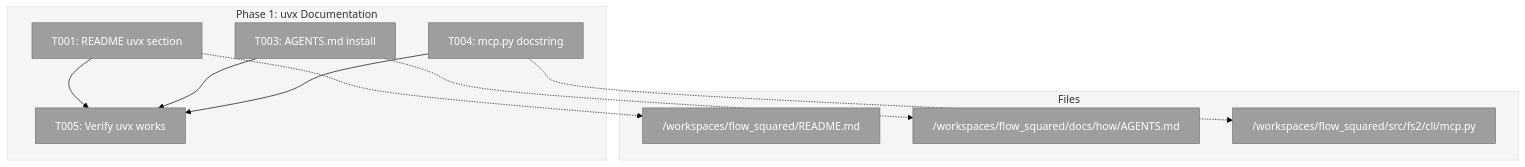
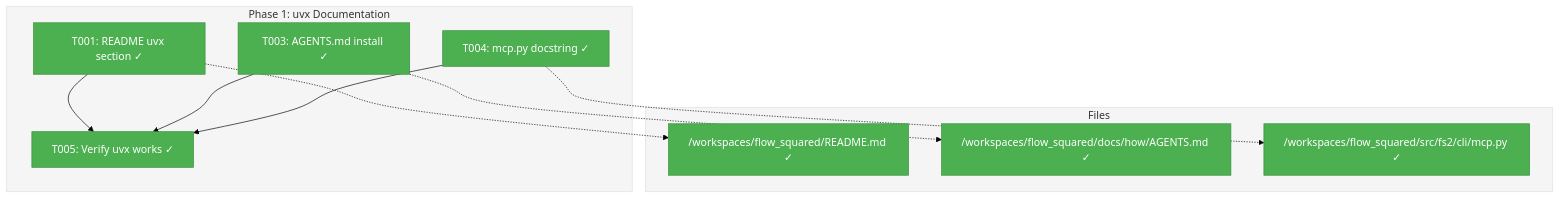
The first of 3 diagrams in docs/plans/013-uvx-support/tasks/phase-1-implementation/tasks.md (AI-Substrate/flow_squared), drawn with Mermaid (forest theme) before and after one commit. The commit also changed other lines of this file and 15 other files, not shown here.

````diff
--- a/docs/plans/013-uvx-support/tasks/phase-1-implementation/tasks.md
+++ b/docs/plans/013-uvx-support/tasks/phase-1-implementation/tasks.md
@@ -61,31 +61,31 @@
 ```mermaid
 flowchart TD
     classDef pending fill:#9E9E9E,stroke:#757575,color:#fff
     classDef inprogress fill:#FF9800,stroke:#F57C00,color:#fff
     classDef completed fill:#4CAF50,stroke:#388E3C,color:#fff
     classDef blocked fill:#F44336,stroke:#D32F2F,color:#fff
 
     style Phase fill:#F5F5F5,stroke:#E0E0E0
     style Files fill:#F5F5F5,stroke:#E0E0E0
 
     subgraph Phase["Phase 1: uvx Documentation"]
-        T001["T001: README uvx section"]:::pending
-        T003["T003: AGENTS.md install"]:::pending
-        T004["T004: mcp.py docstring"]:::pending
-        T005["T005: Verify uvx works"]:::pending
+        T001["T001: README uvx section ✓"]:::completed
+        T003["T003: AGENTS.md install ✓"]:::completed
+        T004["T004: mcp.py docstring ✓"]:::completed
+        T005["T005: Verify uvx works ✓"]:::completed
 
         T001 --> T005
         T003 --> T005
         T004 --> T005
     end
 
     subgraph Files["Files"]
-        F1["/workspaces/flow_squared/README.md"]:::pending
-        F3["/workspaces/flow_squared/docs/how/AGENTS.md"]:::pending
-        F4["/workspaces/flow_squared/src/fs2/cli/mcp.py"]:::pending
+        F1["/workspaces/flow_squared/README.md ✓"]:::completed
+        F3["/workspaces/flow_squared/docs/how/AGENTS.md ✓"]:::completed
+        F4["/workspaces/flow_squared/src/fs2/cli/mcp.py ✓"]:::completed
     end
 
     T001 -.-> F1
     T003 -.-> F3
     T004 -.-> F4
 ```
````
